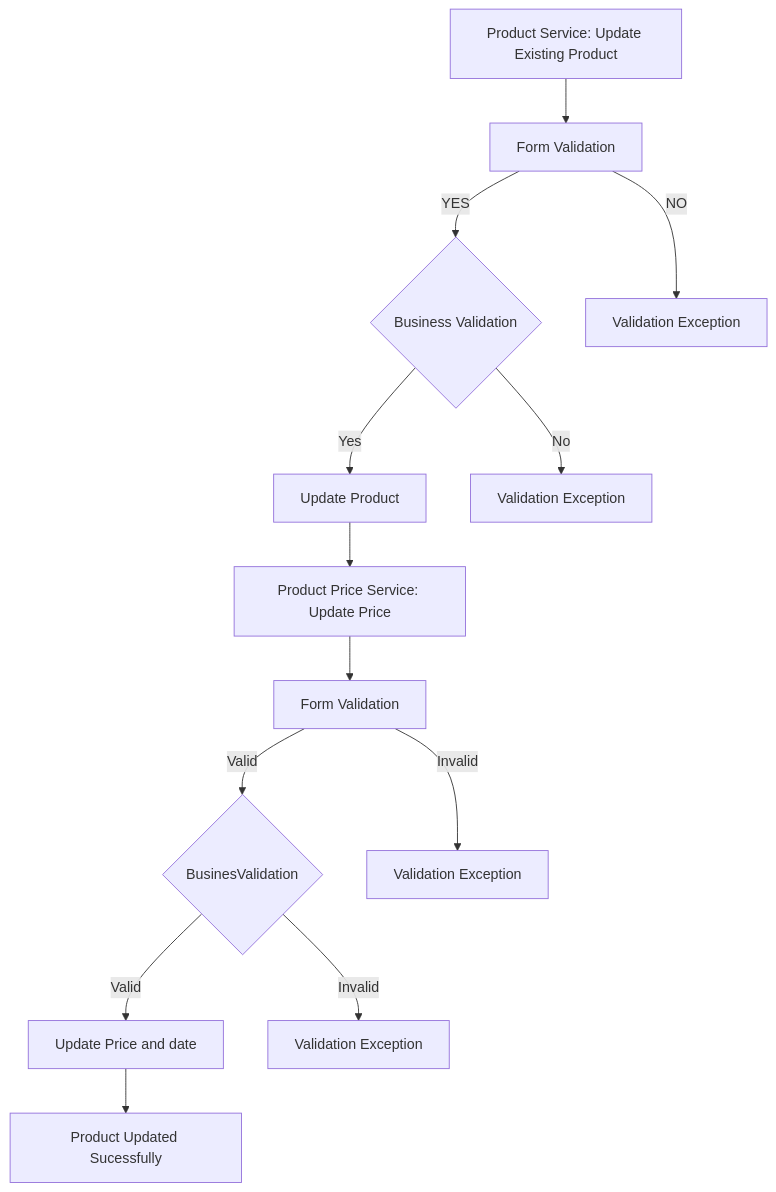
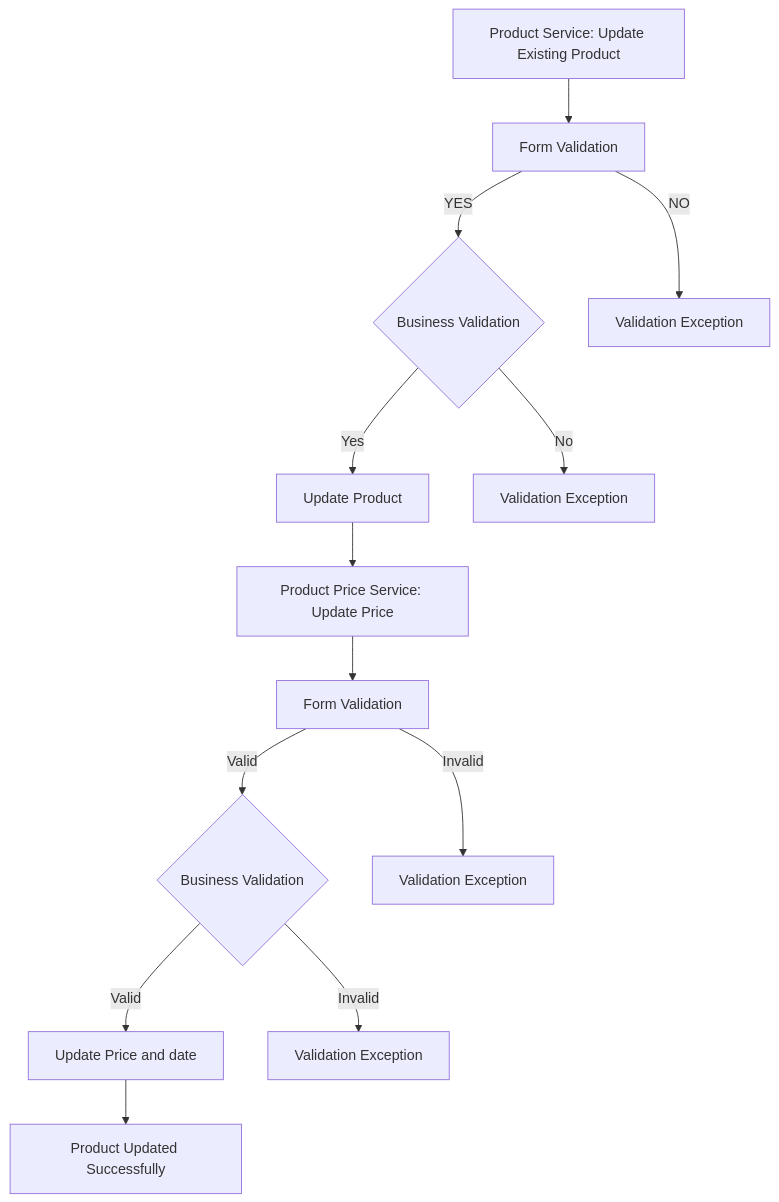
One commit to fssa-batch3/sec_b_inbalokesh.esakkipandi__corejava_project_2 changed the sixth of 9 diagrams in README.md. Above: the diagram before and after it, drawn with Mermaid. The commit also changed other lines of this file, not shown here.

````diff
--- a/README.md
+++ b/README.md
@@ -256,13 +256,13 @@
 ```mermaid
 graph TD;
   A["Product Service: Update Existing Product"] --> B["Form Validation"]-- YES --> C{Business Validation}
   B -- NO --> G["Validation Exception"]
   C -- Yes --> D["Update Product"]
   C -- No --> F["Validation Exception"]
   D --> E[Product Price Service: Update Price]
-  E --> H[Form Validation] -- Valid --> I{BusinesValidation}
+  E --> H[Form Validation] -- Valid --> I{Business Validation}
   H -- Invalid --> J[Validation Exception]
   I -- Valid --> K[Update Price and date]
   I -- Invalid --> L[Validation Exception]
-  K --> M[Product Updated Sucessfully]
+  K --> M[Product Updated Successfully]
 ```
````
